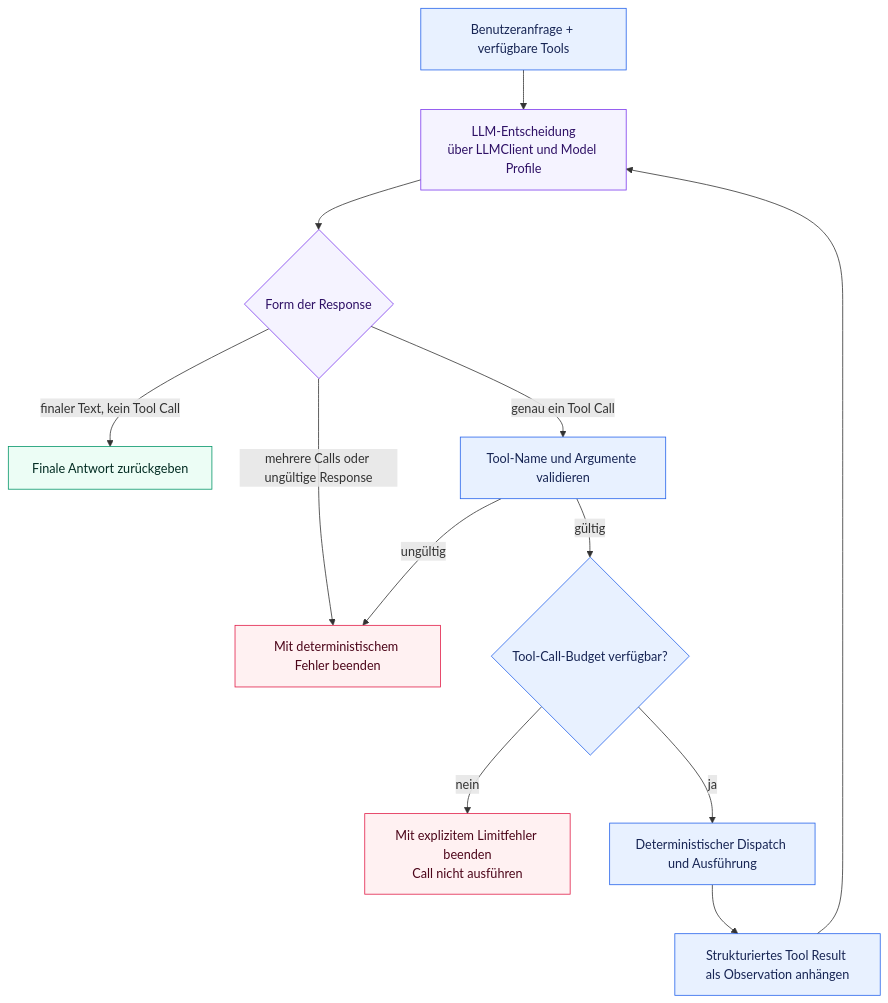
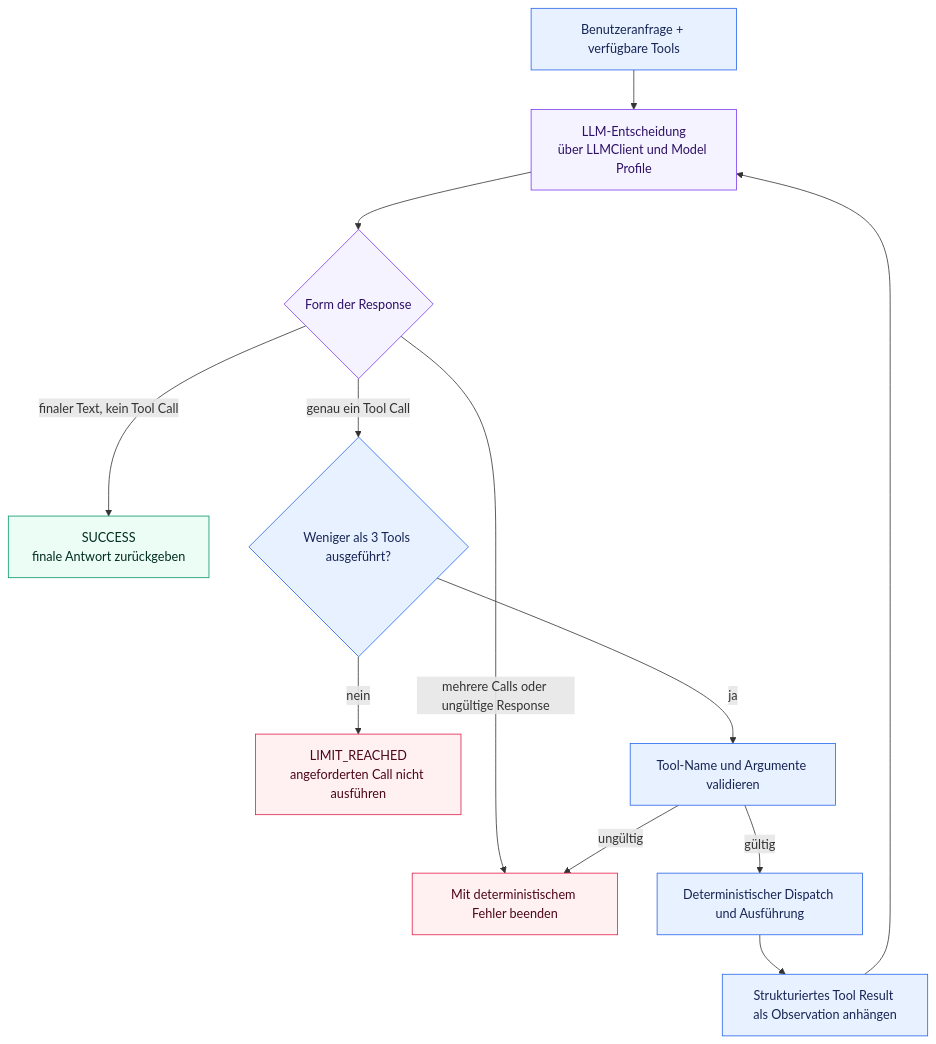
One commit to aboerzel/industrial-ai-agent changed the diagram in docs/decisions/ADR-004-agent-orchestration-strategy.de.md. Above: the diagram before and after it, drawn with Mermaid. The commit also changed other lines of this file and 11 other files, not shown here.

````diff
--- a/docs/decisions/ADR-004-agent-orchestration-strategy.de.md
+++ b/docs/decisions/ADR-004-agent-orchestration-strategy.de.md
@@ -41,23 +42,23 @@
 ```mermaid
 flowchart TD
     Start["Benutzeranfrage + verfügbare Tools"] --> LLM["LLM-Entscheidung<br/>über LLMClient und Model Profile"]
     LLM --> Decision{"Form der Response"}
-    Decision -->|"finaler Text, kein Tool Call"| Final["Finale Antwort zurückgeben"]
-    Decision -->|"genau ein Tool Call"| Validate["Tool-Name und Argumente validieren"]
+    Decision -->|"finaler Text, kein Tool Call"| Final["SUCCESS<br/>finale Antwort zurückgeben"]
+    Decision -->|"genau ein Tool Call"| Limit{"Weniger als 3 Tools ausgeführt?"}
     Decision -->|"mehrere Calls oder ungültige Response"| Invalid["Mit deterministischem Fehler beenden"]
+    Limit -->|"nein"| Exhausted["LIMIT_REACHED<br/>angeforderten Call nicht ausführen"]
+    Limit -->|"ja"| Validate["Tool-Name und Argumente validieren"]
     Validate -->|"ungültig"| Invalid
-    Validate -->|"gültig"| Limit{"Tool-Call-Budget verfügbar?"}
-    Limit -->|"nein"| Exhausted["Mit explizitem Limitfehler beenden<br/>Call nicht ausführen"]
-    Limit -->|"ja"| Dispatch["Deterministischer Dispatch und Ausführung"]
+    Validate -->|"gültig"| Dispatch["Deterministischer Dispatch und Ausführung"]
     Dispatch --> Observation["Strukturiertes Tool Result als Observation anhängen"]
     Observation --> LLM
 
     classDef llm fill:#f5f3ff,stroke:#7c3aed,color:#2e1065
     classDef deterministic fill:#e8f1ff,stroke:#2563eb,color:#172554
     classDef terminal fill:#ecfdf5,stroke:#059669,color:#022c22
     classDef failure fill:#fff1f2,stroke:#e11d48,color:#4c0519
     class LLM,Decision llm
     class Start,Validate,Limit,Dispatch,Observation deterministic
     class Final terminal
     class Invalid,Exhausted failure
 ```
````
